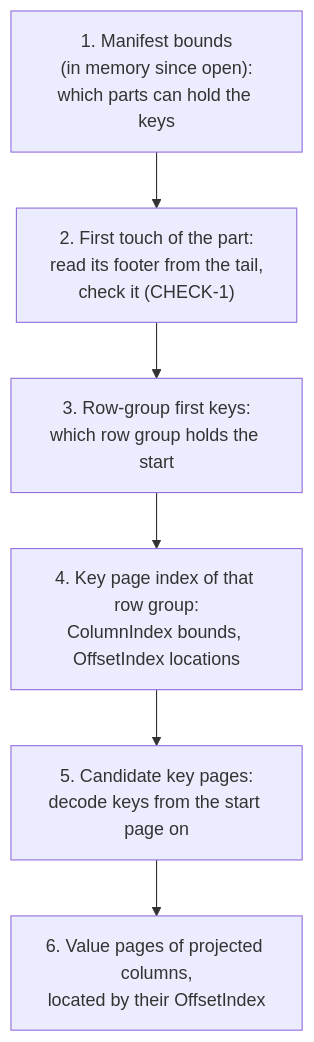
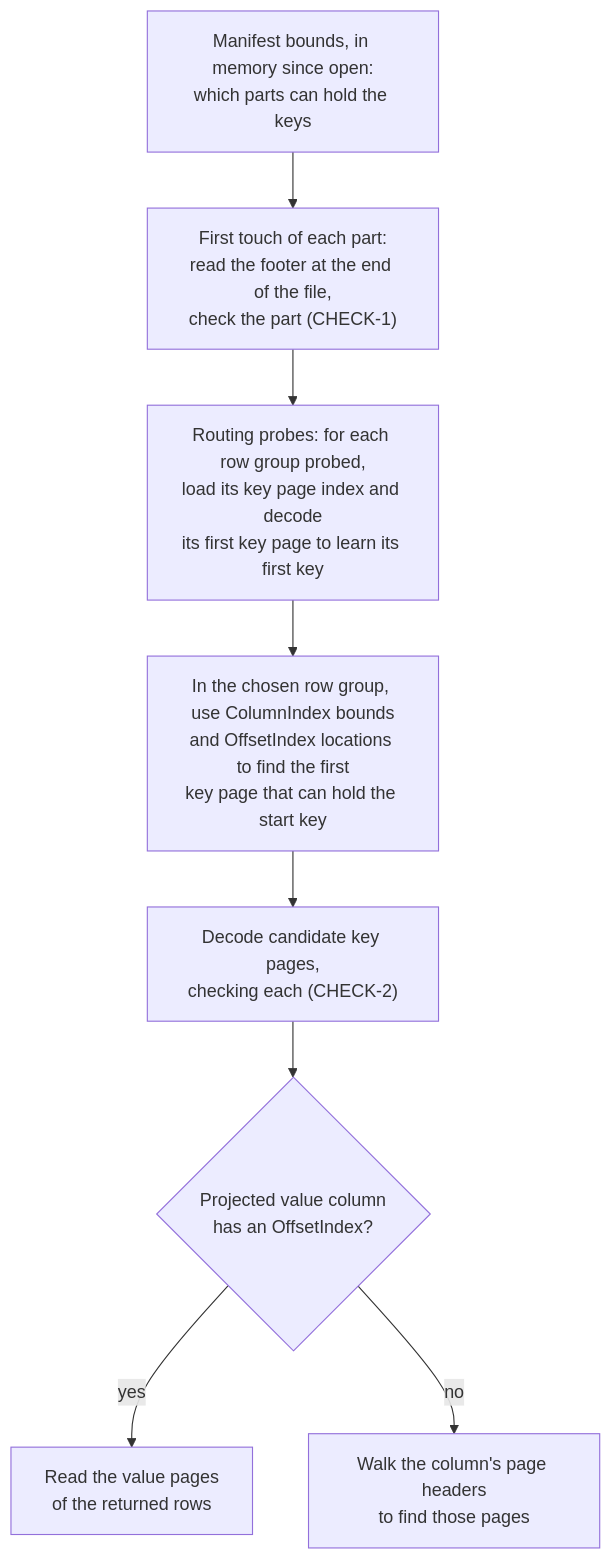
Before and after one commit to varveio/seekparquet: the third of 4 diagrams in docs/concepts.md, drawn with Mermaid. The commit also changed other lines of this file and 4 other files, not shown here.

````diff
--- a/docs/concepts.md
+++ b/docs/concepts.md
@@ -132,9 +184,11 @@
 ```mermaid
 flowchart TD
-    A["1. Manifest bounds<br/>(in memory since open):<br/>which parts can hold the keys"] --> B
-    B["2. First touch of the part:<br/>read its footer from the tail,<br/>check it (CHECK-1)"] --> C
-    C["3. Row-group first keys:<br/>which row group holds the start"] --> D
-    D["4. Key page index of that row group:<br/>ColumnIndex bounds, OffsetIndex locations"] --> E
-    E["5. Candidate key pages:<br/>decode keys from the start page on"] --> F
-    F["6. Value pages of projected columns,<br/>located by their OffsetIndex"]
+    A["Manifest bounds, in memory since open:<br/>which parts can hold the keys"] --> B
+    B["First touch of each part:<br/>read the footer at the end of the file,<br/>check the part (CHECK-1)"] --> C
+    C["Routing probes: for each row group probed,<br/>load its key page index and decode<br/>its first key page to learn its first key"] --> D
+    D["In the chosen row group, use ColumnIndex bounds<br/>and OffsetIndex locations to find the first<br/>key page that can hold the start key"] --> E
+    E["Decode candidate key pages,<br/>checking each (CHECK-2)"] --> F
+    F{"Projected value column<br/>has an OffsetIndex?"}
+    F -- yes --> G["Read the value pages<br/>of the returned rows"]
+    F -- no --> H["Walk the column's page headers<br/>to find those pages"]
 ```
````
